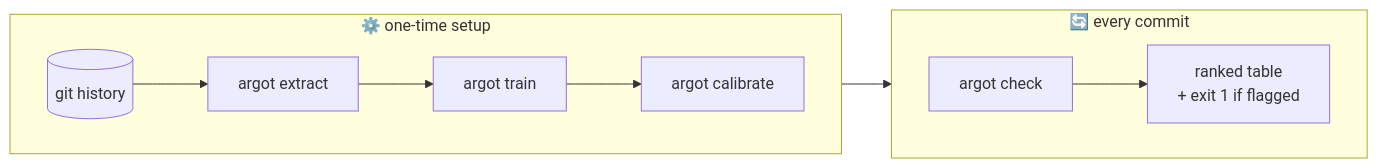
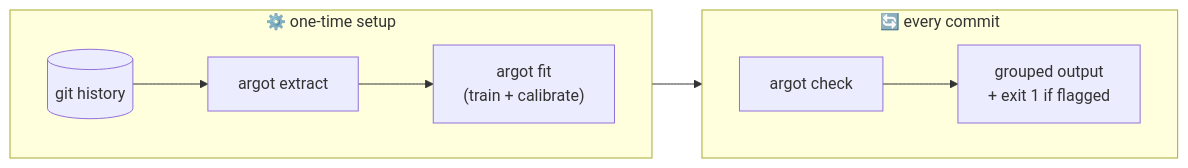
Before and after one commit to get-tmonier/argot: the first of 3 diagrams in README.md, drawn with Mermaid. The commit also changed other lines of this file and 846 other files, not shown here.

First line of the commit message:
feat(cli)!: cleanup, check output redesign, fit command (#39)

````diff
--- a/README.md
+++ b/README.md
@@ -159,14 +192,13 @@
 ```mermaid
 flowchart LR
     subgraph once["⚙️ one-time setup"]
         direction LR
         GH[(git history)] --> E[argot extract]
-        E --> T[argot train]
-        T --> C[argot calibrate]
+        E --> F["argot fit<br/>(train + calibrate)"]
     end
     subgraph loop["🔄 every commit"]
         direction LR
-        CHK[argot check] --> OUT["ranked table\n+ exit 1 if flagged"]
+        CHK[argot check] --> OUT["grouped output<br/>+ exit 1 if flagged"]
     end
     once --> loop
 ```
````
